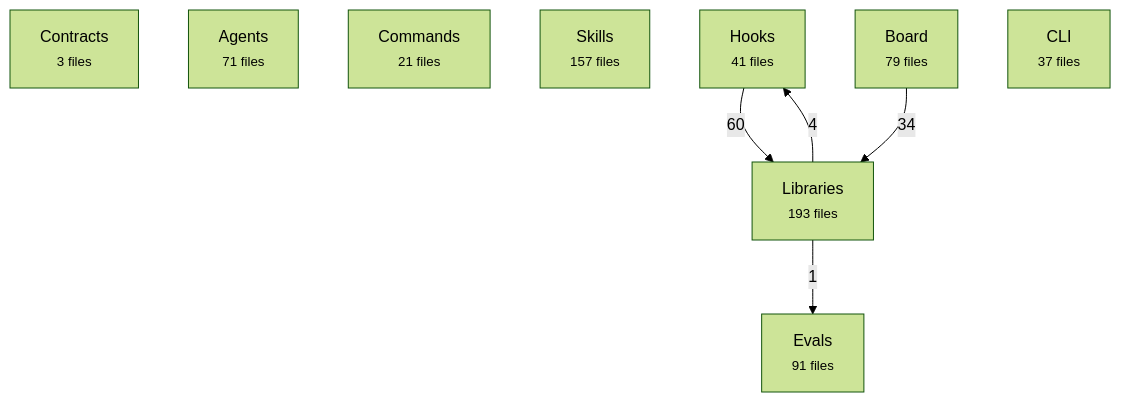
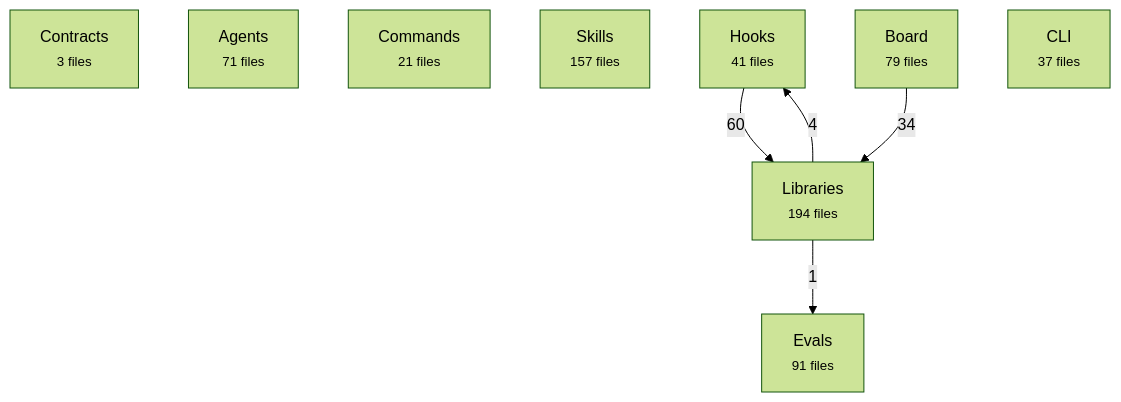
Before and after one commit to avelikiy/great_cto: the first of 2 diagrams in docs/reference/architecture-map.md, drawn with Mermaid (forest theme). The commit also changed other lines of this file and 5 other files, not shown here.

````diff
--- a/docs/reference/architecture-map.md
+++ b/docs/reference/architecture-map.md
@@ -20,16 +20,16 @@
 ```mermaid
 flowchart TD
   contracts["Contracts<br/><small>3 files</small>"]
   agents["Agents<br/><small>71 files</small>"]
   commands["Commands<br/><small>21 files</small>"]
   skills["Skills<br/><small>157 files</small>"]
   hooks["Hooks<br/><small>41 files</small>"]
-  libs["Libraries<br/><small>193 files</small>"]
+  libs["Libraries<br/><small>194 files</small>"]
   board["Board<br/><small>79 files</small>"]
   cli["CLI<br/><small>37 files</small>"]
   evals["Evals<br/><small>91 files</small>"]
   hooks -->|60| libs
   board -->|34| libs
   libs -->|4| hooks
   libs -->|1| evals
 ```
````
